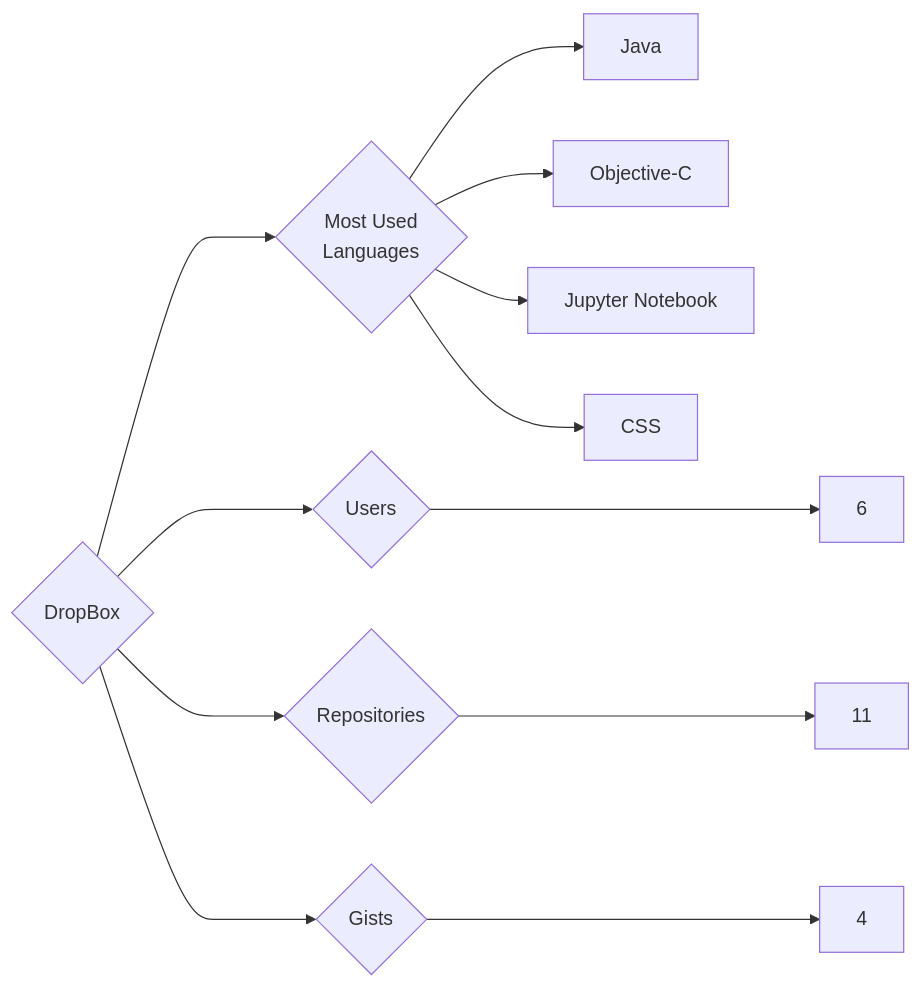
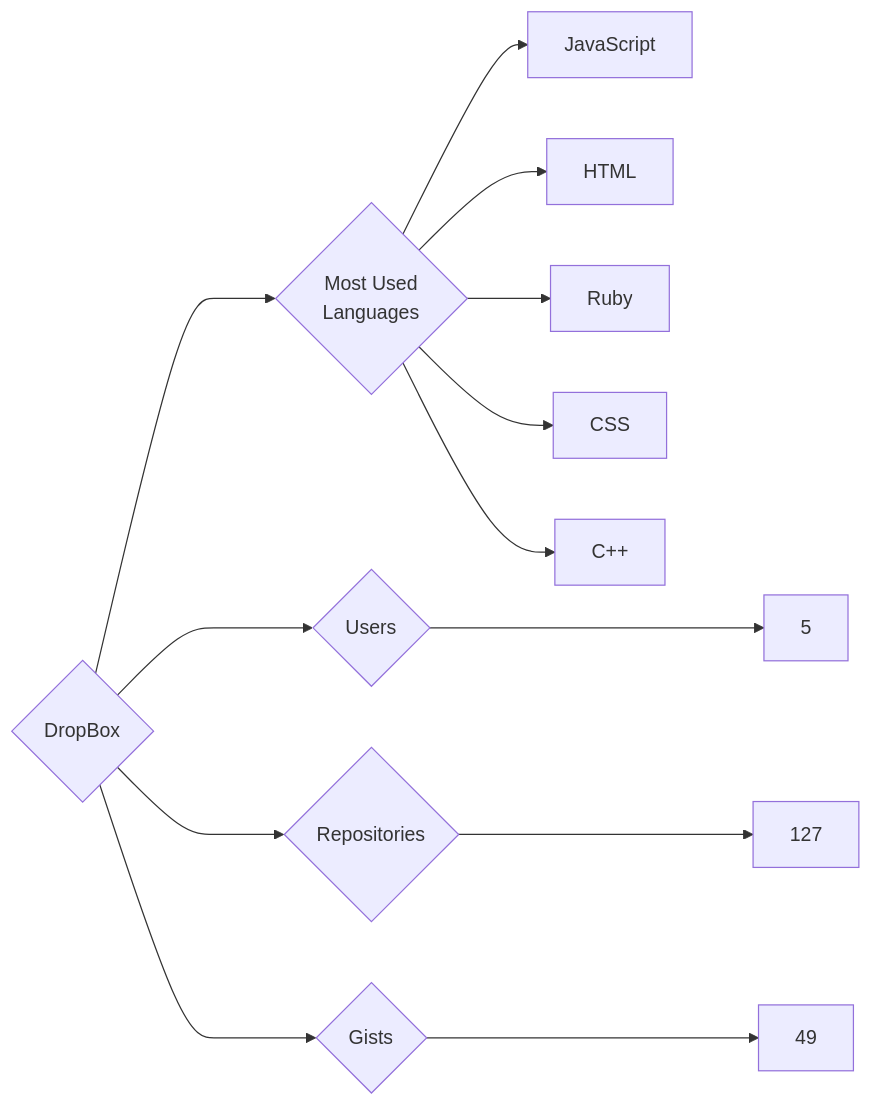
Before and after one commit to trickest/insiders: the diagram in targets/DropBox/README.md, drawn with Mermaid. The commit also changed 942 other files, not shown here.

````diff
--- a/targets/DropBox/README.md
+++ b/targets/DropBox/README.md
@@ -3,12 +3,13 @@
 ```mermaid
 graph LR
 COMPANY_NAME{DropBox}
-COMPANY_NAME ---> U{Users} ---> UN[6]
-COMPANY_NAME ---> R{Repositories} ---> RN[11]
-COMPANY_NAME ---> G{Gists} ---> GN[4]
+COMPANY_NAME ---> U{Users} ---> UN[5]
+COMPANY_NAME ---> R{Repositories} ---> RN[127]
+COMPANY_NAME ---> G{Gists} ---> GN[49]
 COMPANY_NAME ---> ML{Most Used<br>Languages}
-ML --> Java[Java]
-ML --> Objective-C[Objective-C]
-ML --> Jupyter_Notebook[Jupyter Notebook]
+ML --> JavaScript[JavaScript]
+ML --> HTML[HTML]
+ML --> Ruby[Ruby]
 ML --> CSS[CSS]
+ML --> C++[C++]
 ```
````
